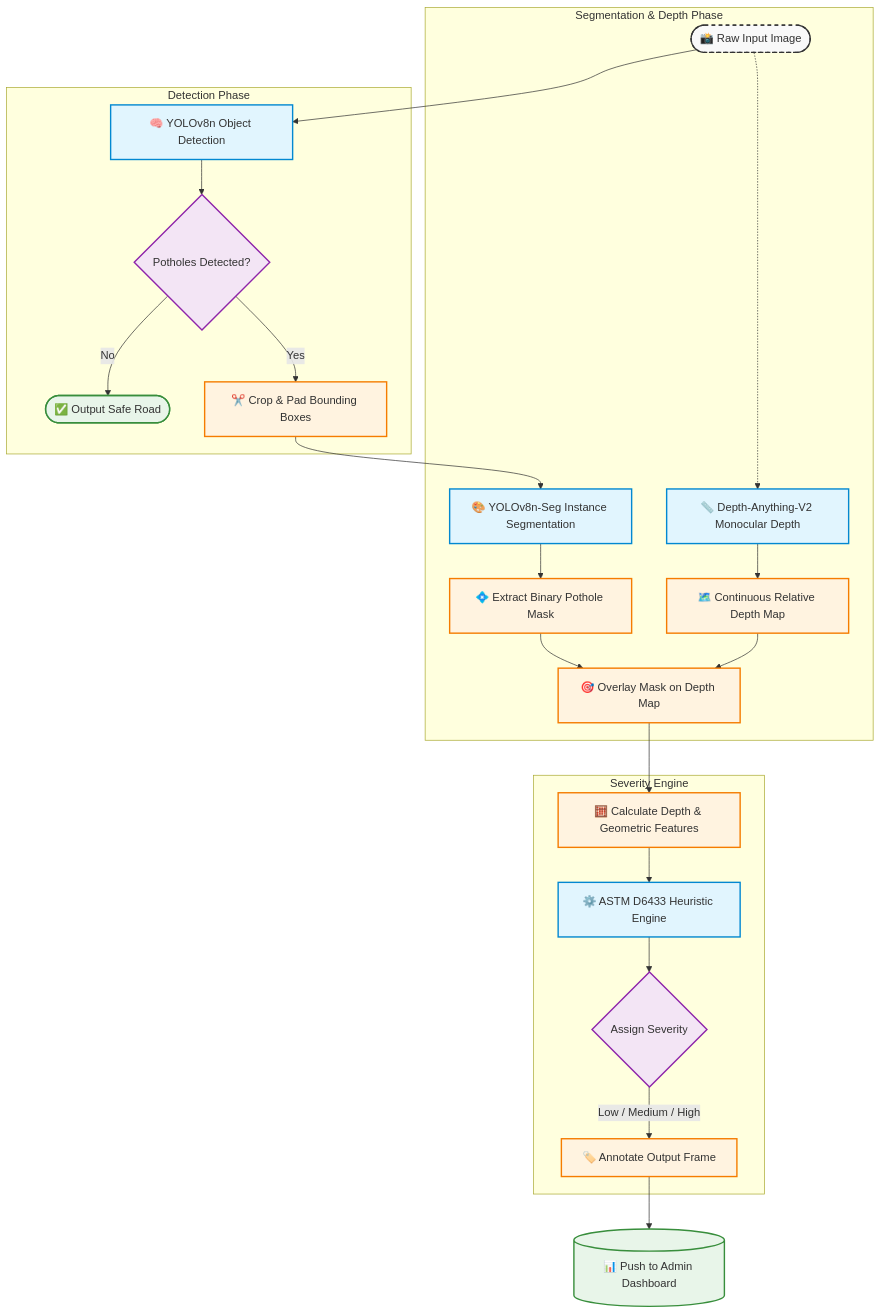
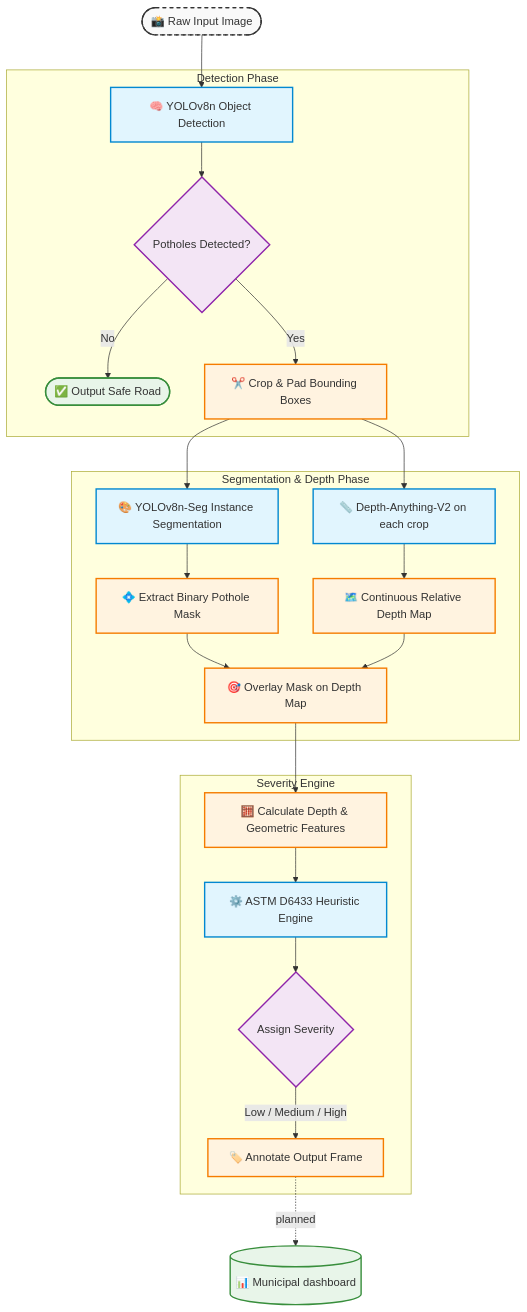
Before and after one commit to mohanreddythippireddy14-cell/Pothole_detection: the diagram in docs/assets/diagrams/01_end_to_end_pipeline.mmd, drawn with Mermaid. The commit also changed 22 other files, not shown here.

```diff
--- a/docs/assets/diagrams/01_end_to_end_pipeline.mmd
+++ b/docs/assets/diagrams/01_end_to_end_pipeline.mmd
@@ -1,36 +1,36 @@
 flowchart TD
     %% Styling
     classDef input fill:#f9f9f9,stroke:#333,stroke-width:2px,stroke-dasharray: 5 5;
     classDef model fill:#e1f5fe,stroke:#0288d1,stroke-width:2px;
     classDef process fill:#fff3e0,stroke:#f57c00,stroke-width:2px;
     classDef output fill:#e8f5e9,stroke:#388e3c,stroke-width:2px;
     classDef decision fill:#f3e5f5,stroke:#8e24aa,stroke-width:2px;
 
     %% Nodes
     A([📸 Raw Input Image]):::input --> B[🧠 YOLOv8n Object Detection]:::model
     
     subgraph Detection Phase
         B --> C{Potholes Detected?}:::decision
         C -- No --> D([✅ Output Safe Road]):::output
         C -- Yes --> E[✂️ Crop & Pad Bounding Boxes]:::process
     end
     
     subgraph Segmentation & Depth Phase
         E --> F[🎨 YOLOv8n-Seg Instance Segmentation]:::model
         F --> G[💠 Extract Binary Pothole Mask]:::process
         
-        A -.-> H[📏 Depth-Anything-V2 Monocular Depth]:::model
+        E --> H[📏 Depth-Anything-V2 on each crop]:::model
         H --> I[🗺️ Continuous Relative Depth Map]:::process
         
         G --> J[🎯 Overlay Mask on Depth Map]:::process
         I --> J
     end
     
     subgraph Severity Engine
         J --> K[🧮 Calculate Depth & Geometric Features]:::process
         K --> L[⚙️ ASTM D6433 Heuristic Engine]:::model
         L --> M{Assign Severity}:::decision
         M -->|Low / Medium / High| N[🏷️ Annotate Output Frame]:::process
     end
     
-    N --> O[(📊 Push to Admin Dashboard)]:::output
+    N -.->|planned| O[(📊 Municipal dashboard)]:::output
```
